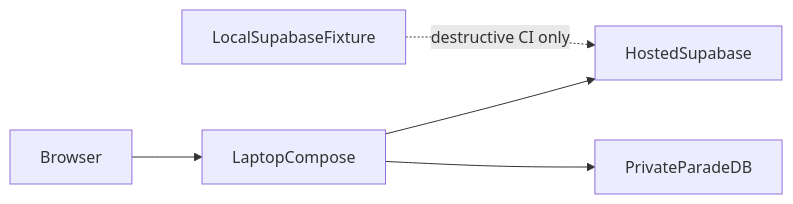
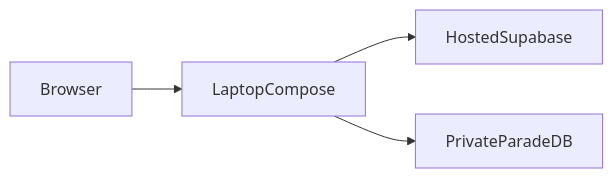
The diagram in docs/development/LOCAL_SETUP.md (Nagdy8888/smart-rag), drawn with Mermaid before and after one commit. The commit also changed other lines of this file and 25 other files, not shown here.

Commit message:
docs: ADR for cloud-only Supabase; update setup, security, and runbook docs

````diff
--- a/docs/development/LOCAL_SETUP.md
+++ b/docs/development/LOCAL_SETUP.md
@@ -14,12 +14,10 @@
 ```mermaid
 flowchart LR
   browser[Browser]
   compose[LaptopCompose]
   hosted[HostedSupabase]
   parade[PrivateParadeDB]
-  fixture[LocalSupabaseFixture]
   browser --> compose
   compose --> hosted
   compose --> parade
-  fixture -.->|"destructive CI only"| hosted
 ```
````
